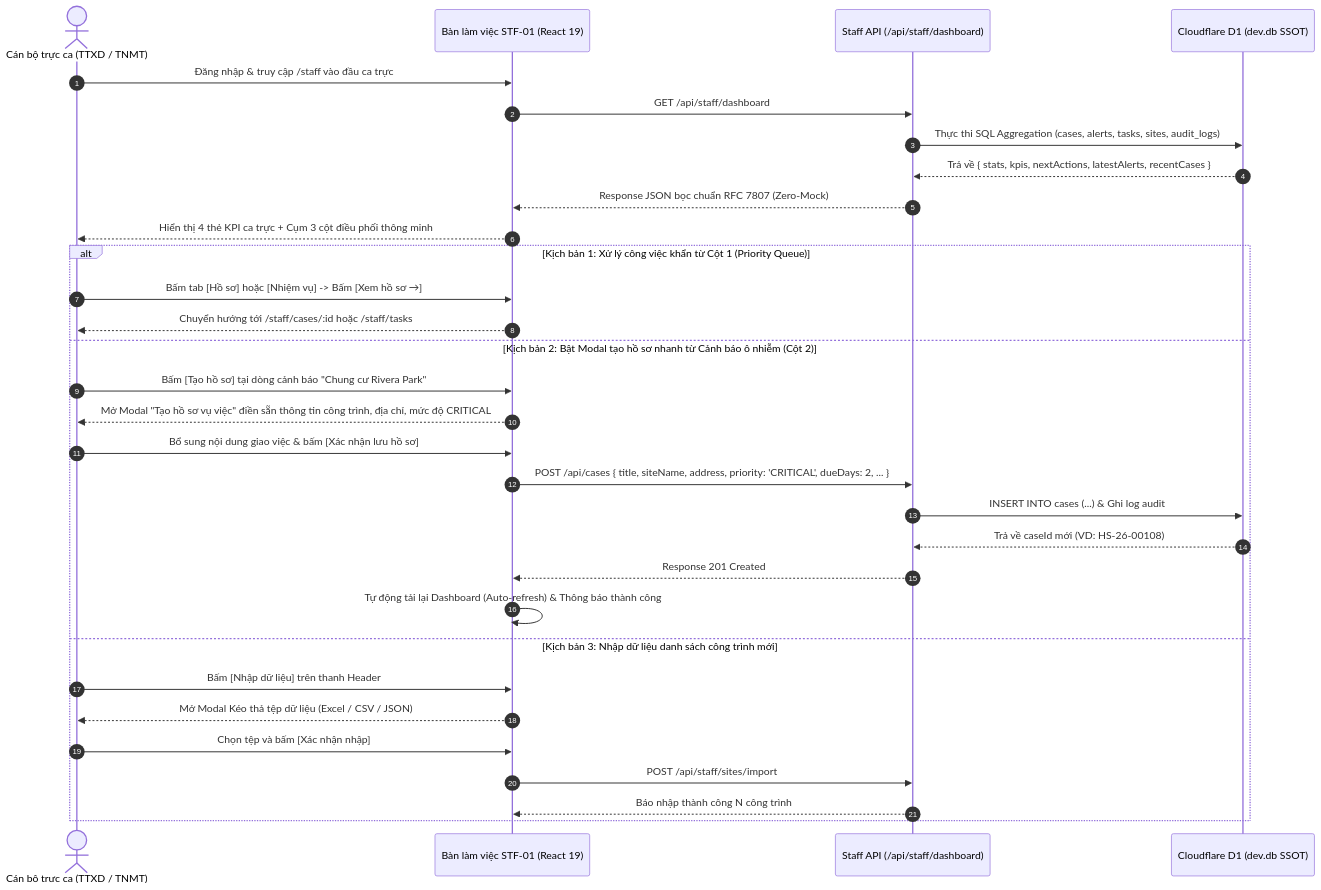
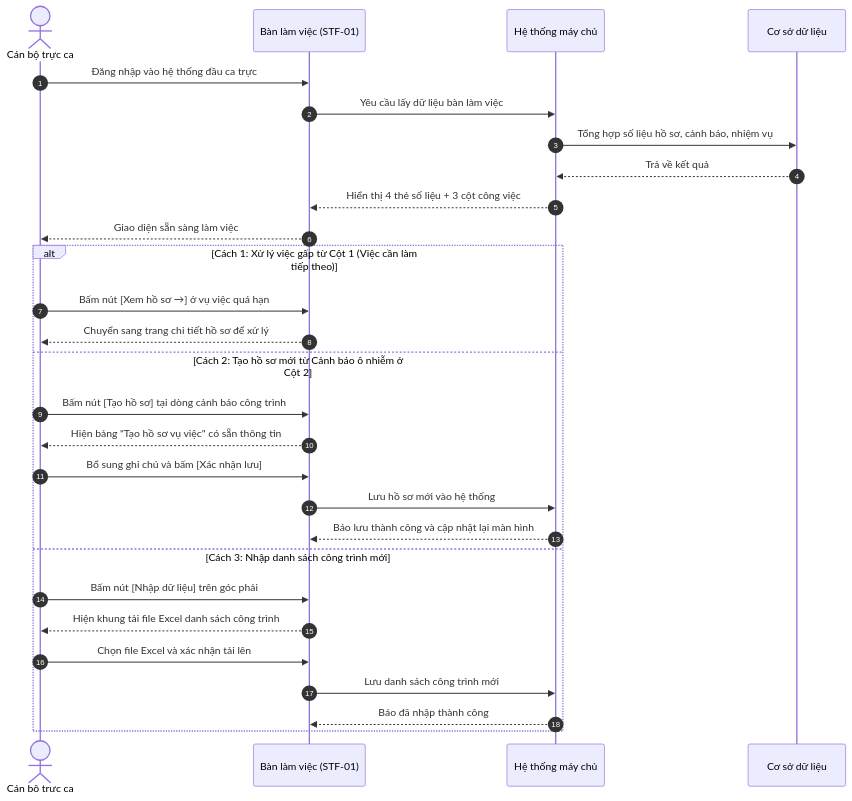
One commit to 26730023-PhamPhuNguyenHung/unicef-dustguard changed the diagram in docs/product/screens/STAFF-01-dashboard.md. Above: the diagram before and after it, drawn with Mermaid. The commit also changed other lines of this file and 30 other files, not shown here.

````diff
--- a/docs/product/screens/STAFF-01-dashboard.md
+++ b/docs/product/screens/STAFF-01-dashboard.md
@@ -65,35 +52,32 @@
 ```mermaid
 sequenceDiagram
     autonumber
-    actor Staff as Cán bộ trực ca (TTXD / TNMT)
-    participant UI as Bàn làm việc STF-01 (React 19)
-    participant API as Staff API (/api/staff/dashboard)
-    participant DB as Cloudflare D1 (dev.db SSOT)
+    actor CB as Cán bộ trực ca
+    participant MH as Bàn làm việc (STF-01)
+    participant HT as Hệ thống máy chủ
+    participant CSDL as Cơ sở dữ liệu
 
-    Staff->>UI: Đăng nhập & truy cập /staff vào đầu ca trực
-    UI->>API: GET /api/staff/dashboard
-    API->>DB: Thực thi SQL Aggregation (cases, alerts, tasks, sites, audit_logs)
-    DB-->>API: Trả về { stats, kpis, nextActions, latestAlerts, recentCases }
-    API-->>UI: Response JSON bọc chuẩn RFC 7807 (Zero-Mock)
-    UI-->>Staff: Hiển thị 4 thẻ KPI ca trực + Cụm 3 cột điều phối thông minh
+    CB->>MH: Đăng nhập vào hệ thống đầu ca trực
+    MH->>HT: Yêu cầu lấy dữ liệu bàn làm việc
+    HT->>CSDL: Tổng hợp số liệu hồ sơ, cảnh báo, nhiệm vụ
+    CSDL-->>HT: Trả về kết quả
+    HT-->>MH: Hiển thị 4 thẻ số liệu + 3 cột công việc
+    MH-->>CB: Giao diện sẵn sàng làm việc
 
-    alt Kịch bản 1: Xử lý công việc khẩn từ Cột 1 (Priority Queue)
-        Staff->>UI: Bấm tab [Hồ sơ] hoặc [Nhiệm vụ] -> Bấm [Xem hồ sơ →]
-        UI-->>Staff: Chuyển hướng tới /staff/cases/:id hoặc /staff/tasks
-    else Kịch bản 2: Bật Modal tạo hồ sơ nhanh từ Cảnh báo ô nhiễm (Cột 2)
-        Staff->>UI: Bấm [Tạo hồ sơ] tại dòng cảnh báo "Chung cư Rivera Park"
-        UI-->>Staff: Mở Modal "Tạo hồ sơ vụ việc" điền sẵn thông tin công trình, địa chỉ, mức độ CRITICAL
-        Staff->>UI: Bổ sung nội dung giao việc & bấm [Xác nhận lưu hồ sơ]
-        UI->>API: POST /api/cases { title, siteName, address, priority: 'CRITICAL', dueDays: 2, ... }
-        API->>DB: INSERT INTO cases (...) & Ghi log audit
-        DB-->>API: Trả về caseId mới (VD: HS-26-00108)
-        API-->>UI: Response 201 Created
-        UI->>UI: Tự động tải lại Dashboard (Auto-refresh) & Thông báo thành công
-    else Kịch bản 3: Nhập dữ liệu danh sách công trình mới
-        Staff->>UI: Bấm [Nhập dữ liệu] trên thanh Header
-        UI-->>Staff: Mở Modal Kéo thả tệp dữ liệu (Excel / CSV / JSON)
-        Staff->>UI: Chọn tệp và bấm [Xác nhận nhập]
-        UI->>API: POST /api/staff/sites/import
-        API-->>UI: Báo nhập thành công N công trình
+    alt Cách 1: Xử lý việc gấp từ Cột 1 (Việc cần làm tiếp theo)
+        CB->>MH: Bấm nút [Xem hồ sơ →] ở vụ việc quá hạn
+        MH-->>CB: Chuyển sang trang chi tiết hồ sơ để xử lý
+    else Cách 2: Tạo hồ sơ mới từ Cảnh báo ô nhiễm ở Cột 2
+        CB->>MH: Bấm nút [Tạo hồ sơ] tại dòng cảnh báo công trình
+        MH-->>CB: Hiện bảng "Tạo hồ sơ vụ việc" có sẵn thông tin
+        CB->>MH: Bổ sung ghi chú và bấm [Xác nhận lưu]
+        MH->>HT: Lưu hồ sơ mới vào hệ thống
+        HT-->>MH: Báo lưu thành công và cập nhật lại màn hình
+    else Cách 3: Nhập danh sách công trình mới
+        CB->>MH: Bấm nút [Nhập dữ liệu] trên góc phải
+        MH-->>CB: Hiện khung tải file Excel danh sách công trình
+        CB->>MH: Chọn file Excel và xác nhận tải lên
+        MH->>HT: Lưu danh sách công trình mới
+        HT-->>MH: Báo đã nhập thành công
     end
 ```
````
